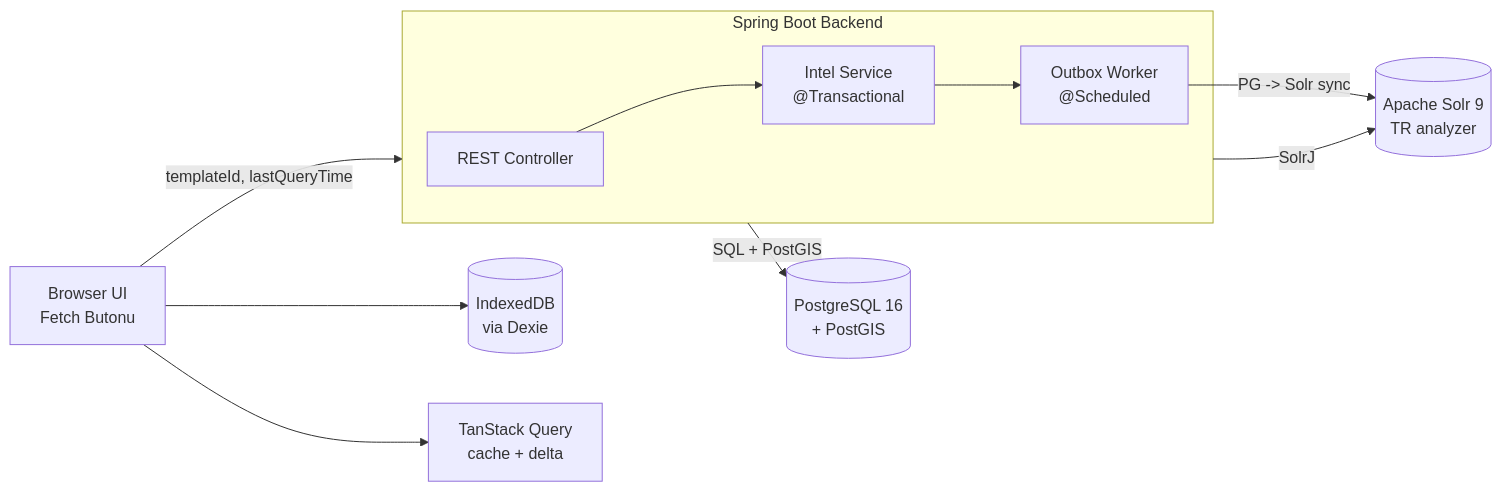
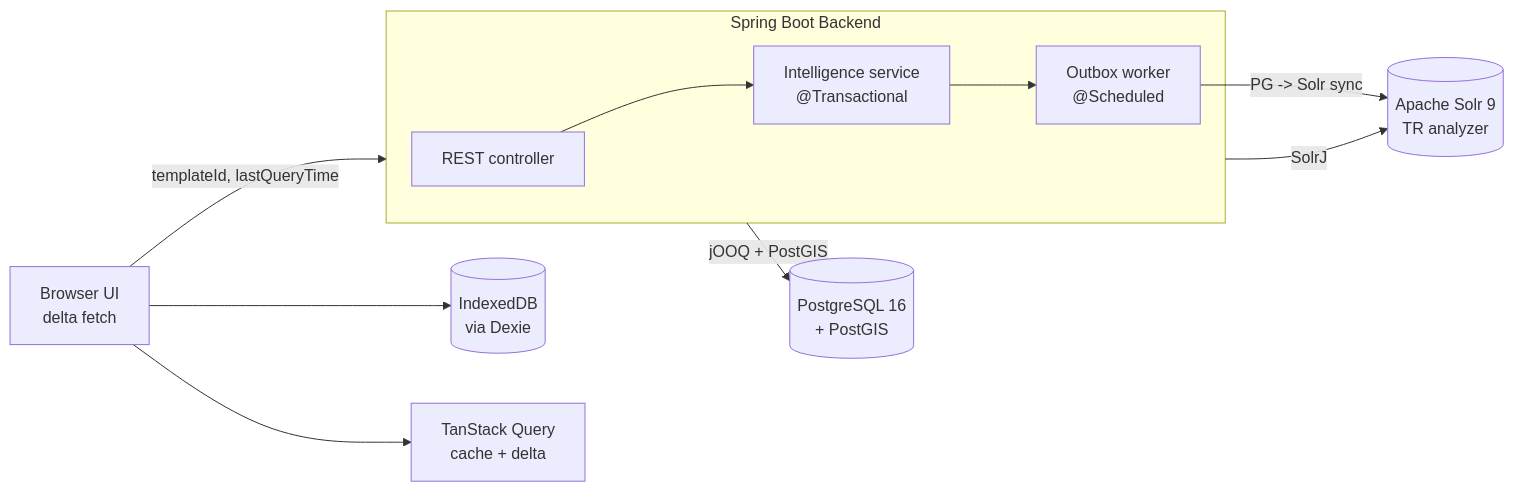
The diagram in osint-intelligence-modules/Initial Implementation.md (yusufmendes/osint), drawn with Mermaid before and after one commit. The commit also changed other lines of this file and 64 other files, not shown here.

````diff
--- a/osint-intelligence-modules/Initial Implementation.md
+++ b/osint-intelligence-modules/Initial Implementation.md
@@ -746,16 +632,16 @@
 ```mermaid
 flowchart LR
-    Browser["Browser UI<br/>Fetch Butonu"] -->|"templateId, lastQueryTime"| Spring
+    Browser["Browser UI<br/>delta fetch"] -->|"templateId, lastQueryTime"| Spring
     subgraph Spring [Spring Boot Backend]
-        Controller["REST Controller"]
-        Service["Intel Service<br/>@Transactional"]
-        Outbox["Outbox Worker<br/>@Scheduled"]
+        Controller["REST controller"]
+        Service["Intelligence service<br/>@Transactional"]
+        Outbox["Outbox worker<br/>@Scheduled"]
         Controller --> Service
         Service --> Outbox
     end
-    Spring -->|"SQL + PostGIS"| PG[("PostgreSQL 16<br/>+ PostGIS")]
+    Spring -->|"jOOQ + PostGIS"| PG[("PostgreSQL 16<br/>+ PostGIS")]
     Spring -->|"SolrJ"| Solr[("Apache Solr 9<br/>TR analyzer")]
     Outbox -->|"PG -> Solr sync"| Solr
     Browser --> Dexie[("IndexedDB<br/>via Dexie")]
     Browser --> TanStack["TanStack Query<br/>cache + delta"]
 ```
````
